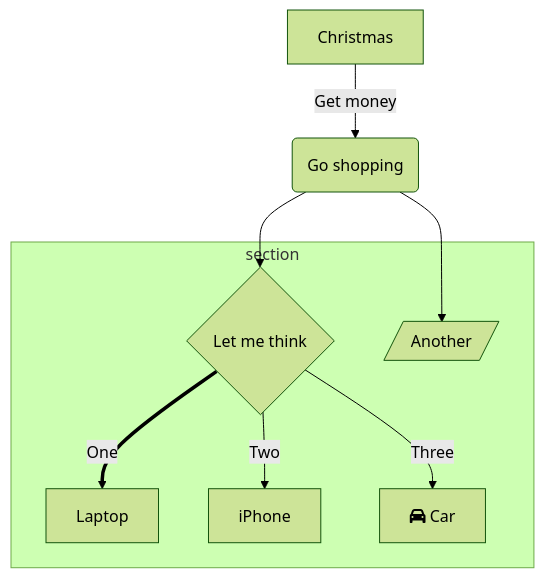
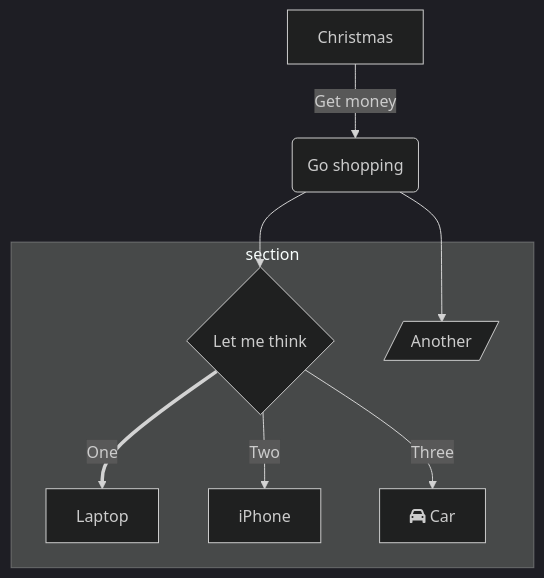
Before and after one commit to taontech/www: the first of 4 diagrams in taon.top/content/post/AVFoundation-pip.md, drawn with Mermaid. The commit also changed other lines of this file, not shown here.

````diff
--- a/taon.top/content/post/AVFoundation-pip.md
+++ b/taon.top/content/post/AVFoundation-pip.md
@@ -7,17 +12,17 @@
 ``` mermaid
-%%{init: {'theme': 'forest', "flowchart" : { "curve" : "basis" } } }%%
+%%{init: {'theme': 'dark', "flowchart" : { "curve" : "basis" } } }%%
         graph TD
           A[Christmas] -->|Get money| B(Go shopping)
           B --> C{Let me think}
           B --> G[/Another/]
           C ==>|One| D[Laptop]
           C -->|Two| E[iPhone]
           C -->|Three| F[fa:fa-car Car]
           subgraph section
             C
             D
             E
             F
             G
           end
 ```
````
